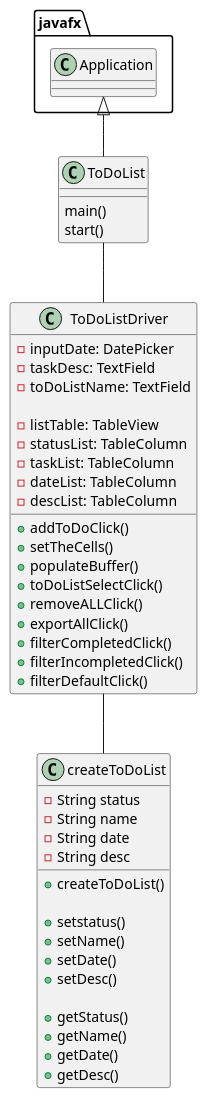
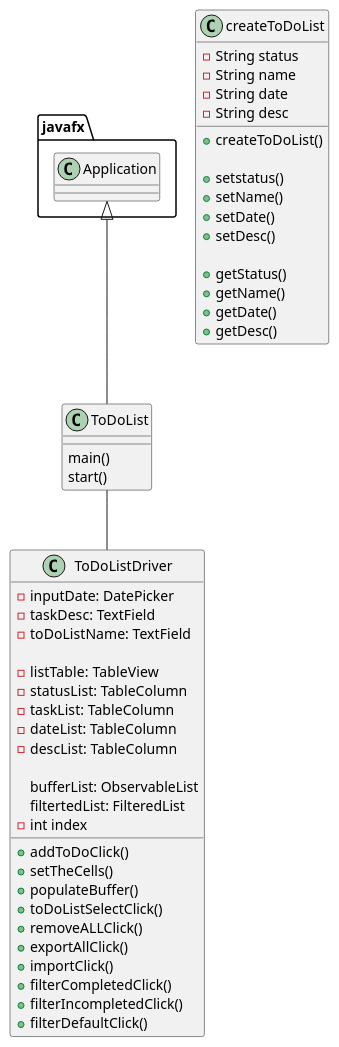
Before and after one commit to fshofiquel/ToDoList: the diagram in uml/ToDoList.puml, drawn with PlantUML. The commit also changed 2 other files, not shown here.

First paragraph of the commit message:
Updated ToDoList.puml and README.MD
Todo:
[COMPLETE]The application shall manage a single list of items
[COMPLETE]The list shall have the capacity to store at least 100 unique items

```diff
--- a/uml/ToDoList.puml
+++ b/uml/ToDoList.puml
@@ -1,64 +1,68 @@
 @startuml
 'https://plantuml.com/class-diagram
 
 class ToDoList
 {
     main()
     start()
 }
 
 class ToDoListDriver
 {
     ' Variables
     - inputDate: DatePicker
     - taskDesc: TextField
     - toDoListName: TextField
 
     ' Table elements
     - listTable: TableView
     - statusList: TableColumn
     - taskList: TableColumn
     - dateList: TableColumn
     - descList: TableColumn
 
+    bufferList: ObservableList
+    filtertedList: FilteredList
+    -int index
+
 
     + addToDoClick()
     + setTheCells()
     + populateBuffer()
     + toDoListSelectClick()
     + removeALLClick()
     + exportAllClick()
+    + importClick()
     + filterCompletedClick()
     + filterIncompletedClick()
     + filterDefaultClick()
 }
 
 class createToDoList
 {
     - String status
     - String name
     - String date
     - String desc
 
     + createToDoList()
 
     + setstatus()
     + setName()
     + setDate()
     + setDesc()
 
     + getStatus()
     + getName()
     + getDate()
     + getDesc()
 }
 
 
 javafx.Application <|-- ToDoList
 
 ToDoList -- ToDoListDriver
-ToDoListDriver -- createToDoList
 
 
 
 @enduml
```
